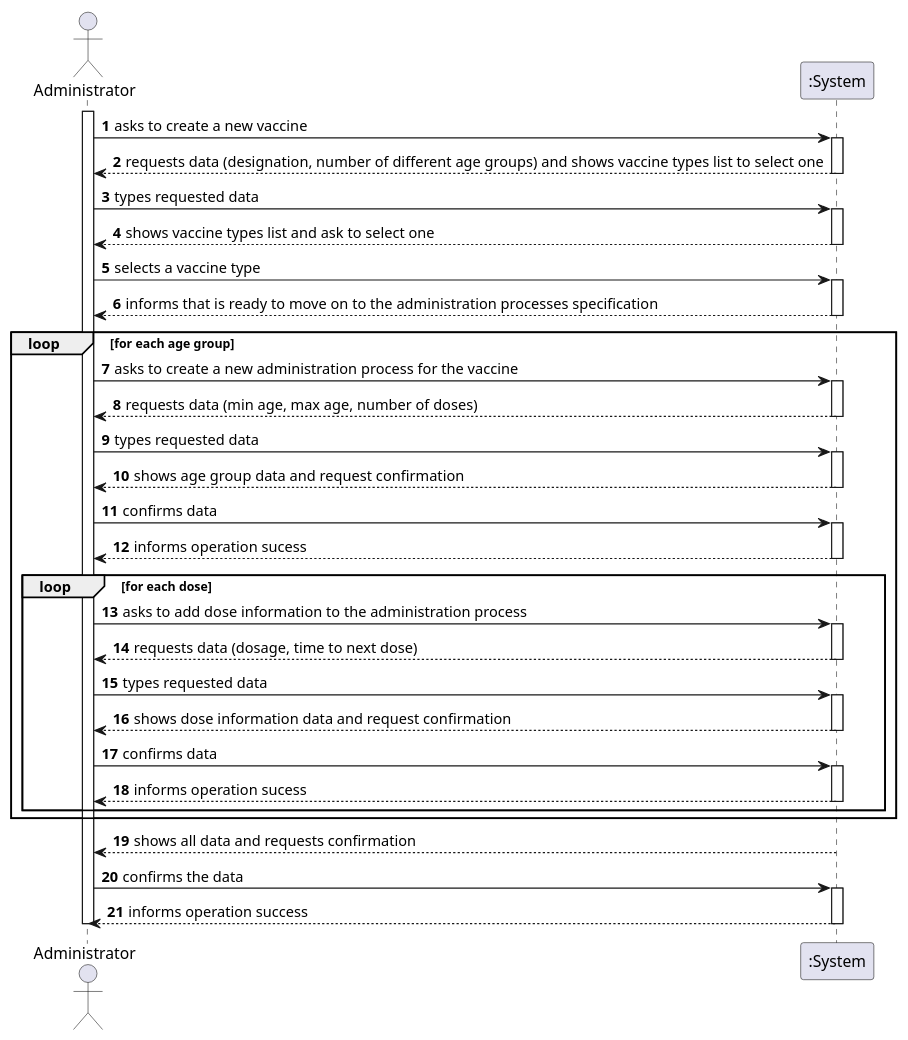
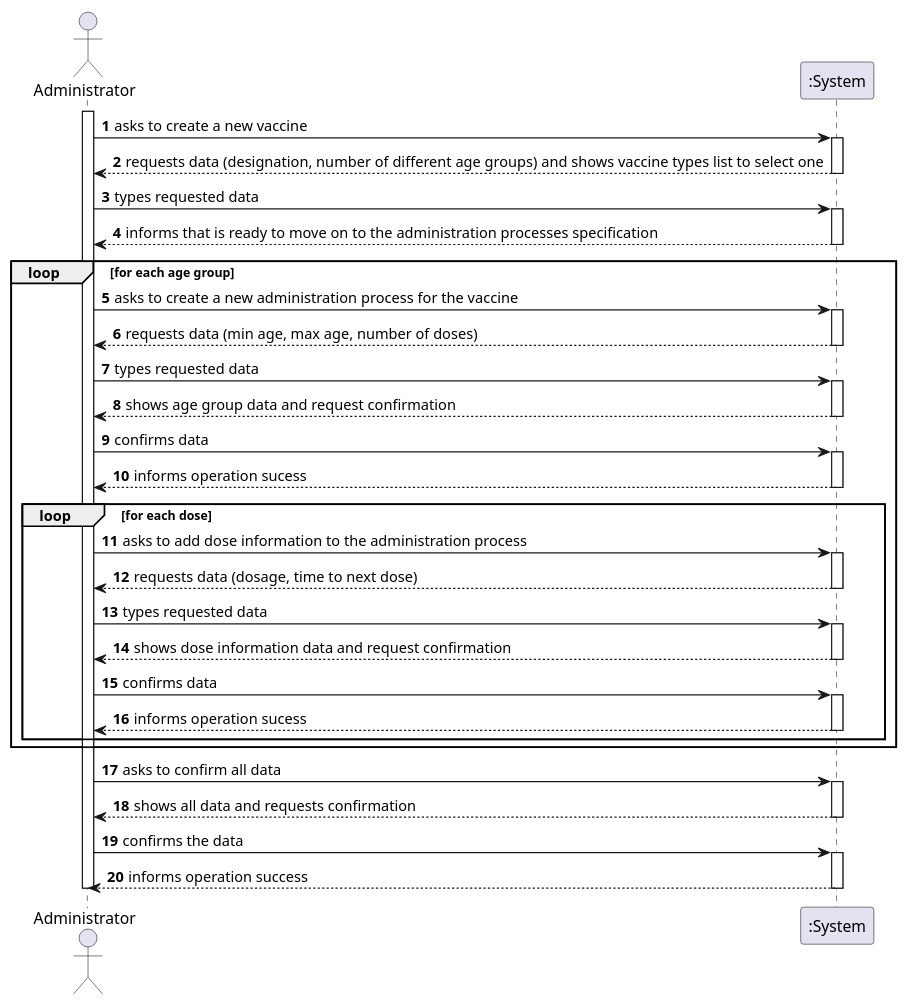
Before and after one commit to miseEnPlace-i/lapr2: the diagram in docs/SprintB/US13/SSD/US13_SSD_v2.puml, drawn with PlantUML.

Commit message:
docs(US13): updated SSD_v2

```diff
--- a/docs/SprintB/US13/SSD/US13_SSD_v2.puml
+++ b/docs/SprintB/US13/SSD/US13_SSD_v2.puml
@@ -1,62 +1,58 @@
 @startuml
 autonumber
 actor "Administrator" as OE
 
 activate OE
 OE -> ":System" : asks to create a new vaccine
 activate ":System"
 ":System" --> OE : requests data (designation, number of different age groups) and shows vaccine types list to select one
 deactivate ":System"
 
 OE -> ":System" : types requested data
 activate ":System"
-":System" --> OE : shows vaccine types list and ask to select one
-deactivate ":System"
-
-OE -> ":System" : selects a vaccine type
-activate ":System"
 ":System" --> OE : informs that is ready to move on to the administration processes specification
 deactivate ":System"
-
 
 loop for each age group
     OE -> ":System" : asks to create a new administration process for the vaccine
     activate ":System"
     ":System" --> OE : requests data (min age, max age, number of doses)
     deactivate ":System"
     OE -> ":System" : types requested data
     activate ":System"
     ":System" --> OE : shows age group data and request confirmation
     deactivate ":System"
     OE -> ":System" : confirms data
     activate ":System"
     ":System" --> OE : informs operation sucess
     deactivate ":System"
     
     loop for each dose
         OE -> ":System" : asks to add dose information to the administration process
         activate ":System"
         ":System" --> OE : requests data (dosage, time to next dose)
         deactivate ":System"
         OE -> ":System" : types requested data
         activate ":System"
         ":System" --> OE : shows dose information data and request confirmation
         deactivate ":System"
         OE -> ":System" : confirms data
         activate ":System"
         ":System" --> OE : informs operation sucess
         deactivate ":System"
     end
 
 end
 
+OE -> ":System" : asks to confirm all data
+activate ":System"
 ":System" --> OE : shows all data and requests confirmation
 deactivate ":System"
 OE -> ":System" : confirms the data
 activate ":System"
 ":System" --> OE : informs operation success
 deactivate ":System"
 
 deactivate OE
 
 @enduml
```
